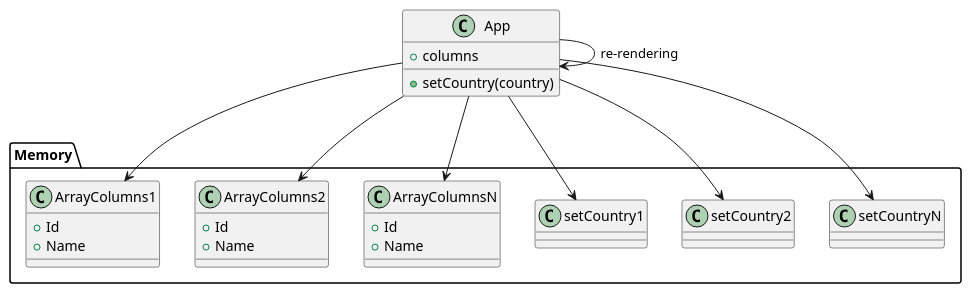
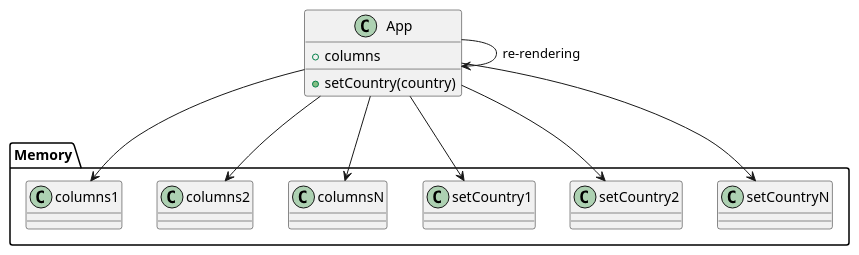
One commit to hondilla/react-course changed the first of 4 diagrams in website/docs/rendering/optimization.md. Above: the diagram before and after it, drawn with PlantUML. The commit also changed other lines of this file, not shown here.

````diff
--- a/website/docs/rendering/optimization.md
+++ b/website/docs/rendering/optimization.md
@@ -137,33 +137,24 @@
 ```plantuml re-rendering
 class App {
  + columns
  + setCountry(country)
 }
 
 App --> App : re-rendering
 
 package Memory {
-  class ArrayColumns1 {
-    +Id
-    +Name
-  }
-  class ArrayColumns2 {
-    +Id
-    +Name
-  }
-  class ArrayColumnsN {
-    +Id
-    +Name
-  }
+  class columns1 {}
+  class columns2 {}
+  class columnsN {}
   class setCountry1 {}
   class setCountry2 {}
   class setCountryN {}
 }
 
-App --> ArrayColumns1
-App --> ArrayColumns2
-App --> ArrayColumnsN
+App --> columns1
+App --> columns2
+App --> columnsN
 App --> setCountry1
 App --> setCountry2
 App --> setCountryN
 ```
````
